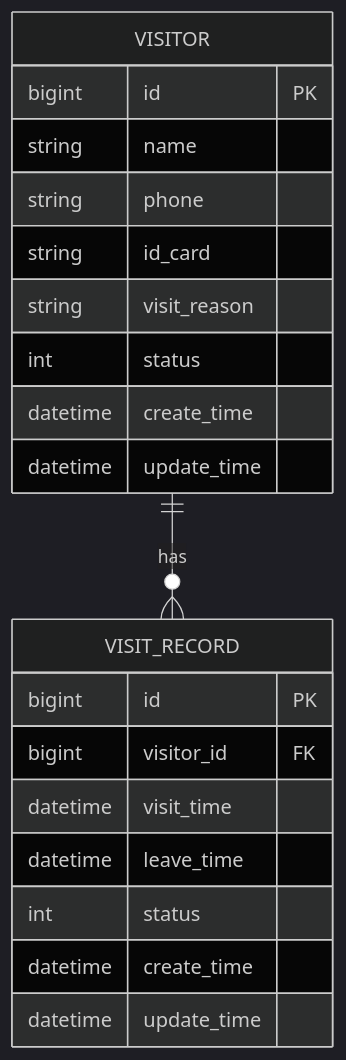
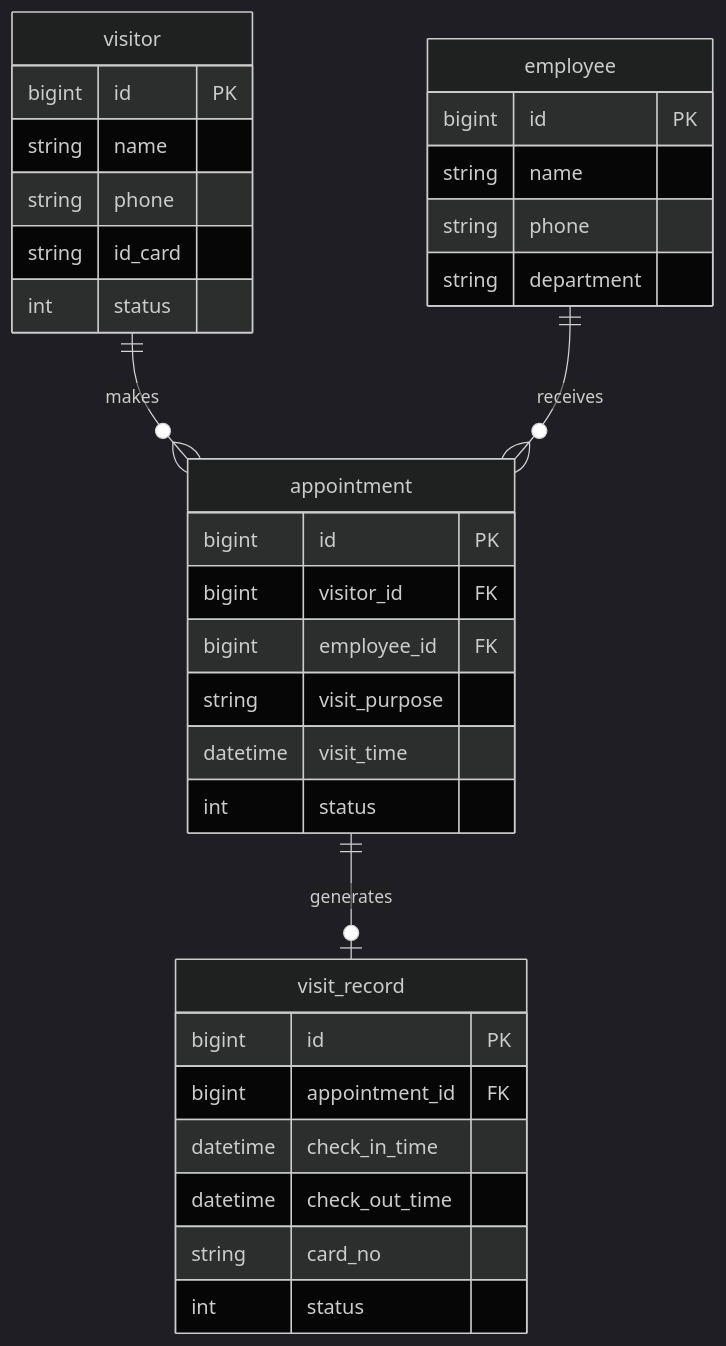
One commit to yuhaibao39/n8ndeploy changed the first of 3 diagrams in devel/outlinedesign.md. Above: the diagram before and after it, drawn with Mermaid (dark theme). The commit also changed other lines of this file, not shown here.

````diff
--- a/devel/outlinedesign.md
+++ b/devel/outlinedesign.md
@@ -39,23 +63,39 @@
 ```mermaid
 erDiagram
-    VISITOR ||--o{ VISIT_RECORD : has
-    VISITOR {
+    visitor ||--o{ appointment : makes
+    employee ||--o{ appointment : receives
+    appointment ||--o| visit_record : generates
+    
+    visitor {
         bigint id PK
         string name
         string phone
         string id_card
-        string visit_reason
         int status
-        datetime create_time
-        datetime update_time
     }
-    VISIT_RECORD {
+    
+    employee {
+        bigint id PK
+        string name
+        string phone
+        string department
+    }
+    
+    appointment {
         bigint id PK
         bigint visitor_id FK
+        bigint employee_id FK
+        string visit_purpose
         datetime visit_time
-        datetime leave_time
         int status
-        datetime create_time
-        datetime update_time
+    }
+    
+    visit_record {
+        bigint id PK
+        bigint appointment_id FK
+        datetime check_in_time
+        datetime check_out_time
+        string card_no
+        int status
     }
 ```
````
